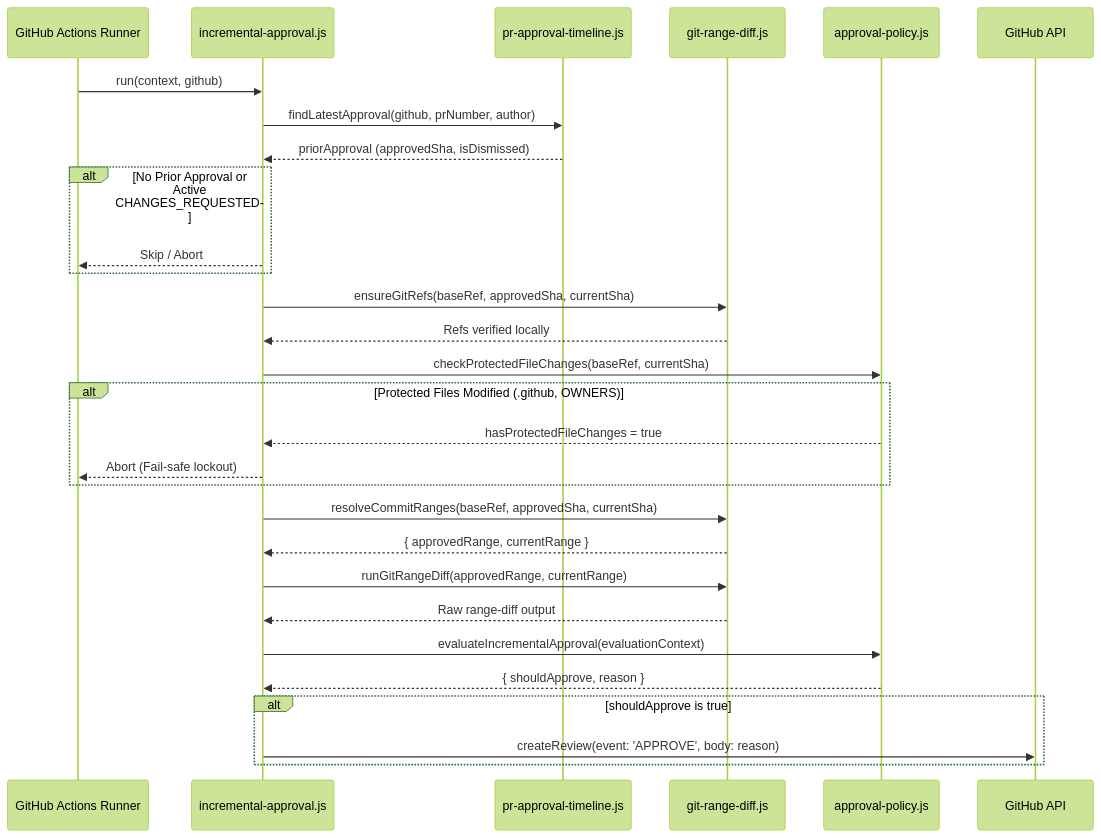
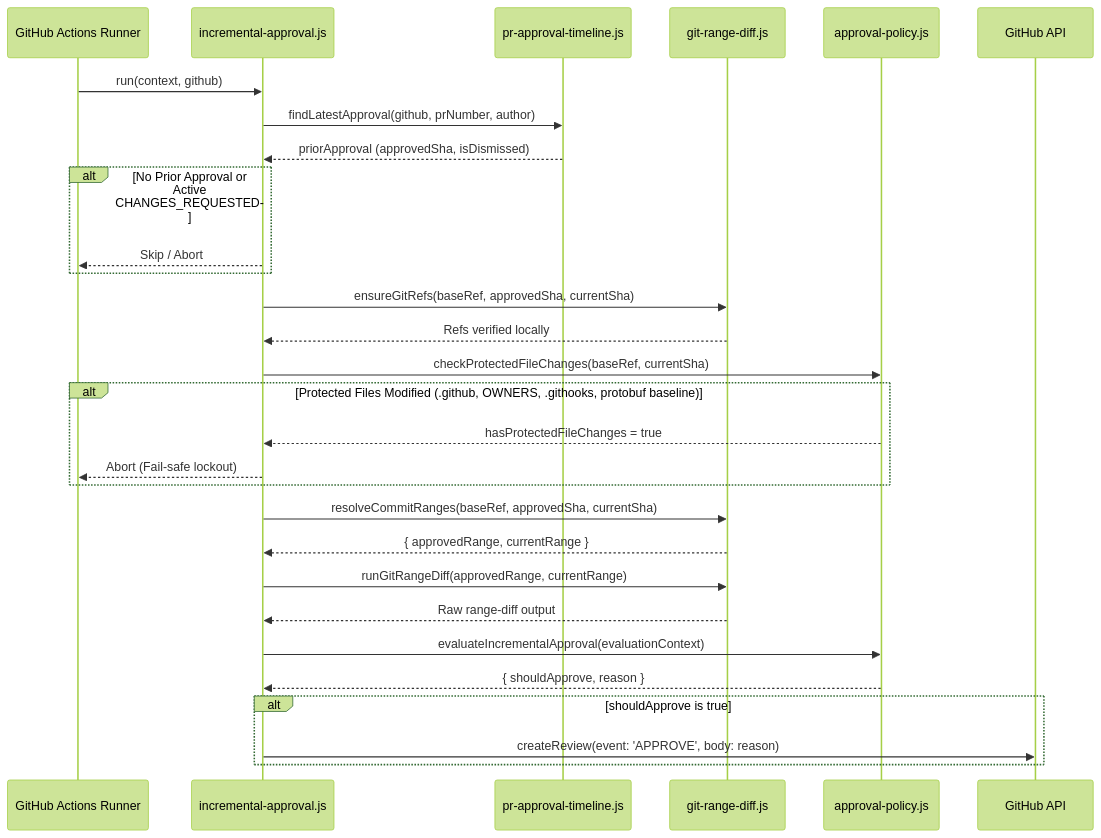
The second of 2 diagrams in .github/scripts/README.md (google/xmc), drawn with Mermaid (forest theme) before and after one commit. The commit also changed other lines of this file and 5 other files, not shown here.

First line of the commit message:
ci(approval): require fresh review for protobuf baseline refreshes

````diff
--- a/.github/scripts/README.md
+++ b/.github/scripts/README.md
@@ -50,39 +50,39 @@
 ```mermaid
 sequenceDiagram
     participant CI as GitHub Actions Runner
     participant Orch as incremental-approval.js
     participant TL as pr-approval-timeline.js
     participant Git as git-range-diff.js
     participant Pol as approval-policy.js
     participant GH as GitHub API
 
     CI->>Orch: run(context, github)
     Orch->>TL: findLatestApproval(github, prNumber, author)
     TL-->>Orch: priorApproval (approvedSha, isDismissed)
     
     alt No Prior Approval or Active CHANGES_REQUESTED
         Orch-->>CI: Skip / Abort
     end
 
     Orch->>Git: ensureGitRefs(baseRef, approvedSha, currentSha)
     Git-->>Orch: Refs verified locally
 
     Orch->>Pol: checkProtectedFileChanges(baseRef, currentSha)
-    alt Protected Files Modified (.github, OWNERS)
+    alt Protected Files Modified (.github, OWNERS, .githooks, protobuf baseline)
         Pol-->>Orch: hasProtectedFileChanges = true
         Orch-->>CI: Abort (Fail-safe lockout)
     end
 
     Orch->>Git: resolveCommitRanges(baseRef, approvedSha, currentSha)
     Git-->>Orch: { approvedRange, currentRange }
 
     Orch->>Git: runGitRangeDiff(approvedRange, currentRange)
     Git-->>Orch: Raw range-diff output
 
     Orch->>Pol: evaluateIncrementalApproval(evaluationContext)
     Pol-->>Orch: { shouldApprove, reason }
 
     alt shouldApprove is true
         Orch->>GH: createReview(event: 'APPROVE', body: reason)
     end
 ```
````
